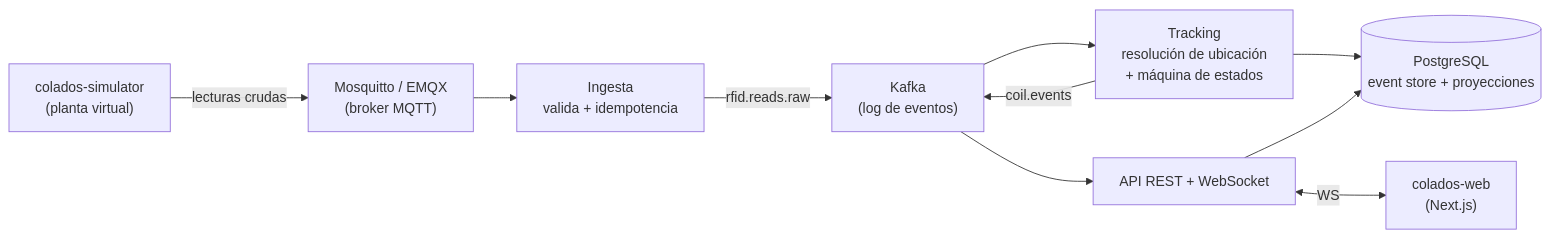
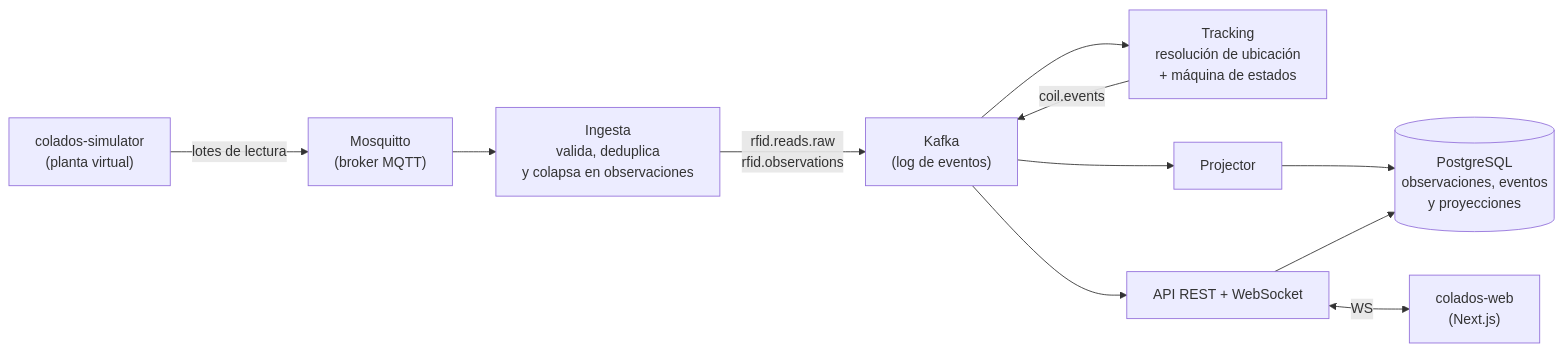
One commit to iburquijo/colados changed the diagram in README.md. Above: the diagram before and after it, drawn with Mermaid. The commit also changed other lines of this file and 7 other files, not shown here.

````diff
--- a/README.md
+++ b/README.md
@@ -49,21 +49,23 @@
 ```mermaid
 flowchart LR
     SIM["colados-simulator<br/>(planta virtual)"]
-    MQTT["Mosquitto / EMQX<br/>(broker MQTT)"]
-    ING["Ingesta<br/>valida + idempotencia"]
+    MQTT["Mosquitto<br/>(broker MQTT)"]
+    ING["Ingesta<br/>valida, deduplica<br/>y colapsa en observaciones"]
     K["Kafka<br/>(log de eventos)"]
     TRK["Tracking<br/>resolución de ubicación<br/>+ máquina de estados"]
-    PG[("PostgreSQL<br/>event store + proyecciones")]
+    PRJ["Projector"]
+    PG[("PostgreSQL<br/>observaciones, eventos<br/>y proyecciones")]
     API["API REST + WebSocket"]
     WEB["colados-web<br/>(Next.js)"]
 
-    SIM -->|"lecturas crudas"| MQTT
+    SIM -->|"lotes de lectura"| MQTT
     MQTT --> ING
-    ING -->|"rfid.reads.raw"| K
+    ING -->|"rfid.reads.raw<br/>rfid.observations"| K
     K --> TRK
     TRK -->|"coil.events"| K
-    TRK --> PG
+    K --> PRJ
+    PRJ --> PG
     API --> PG
     K --> API
     API <-->|"WS"| WEB
 ```
````
